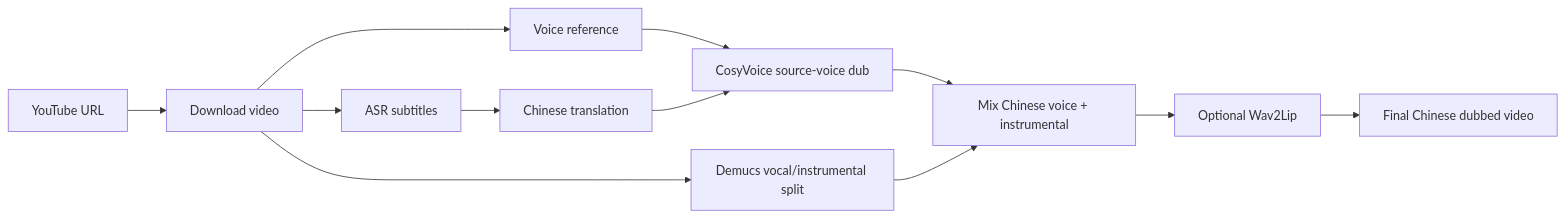
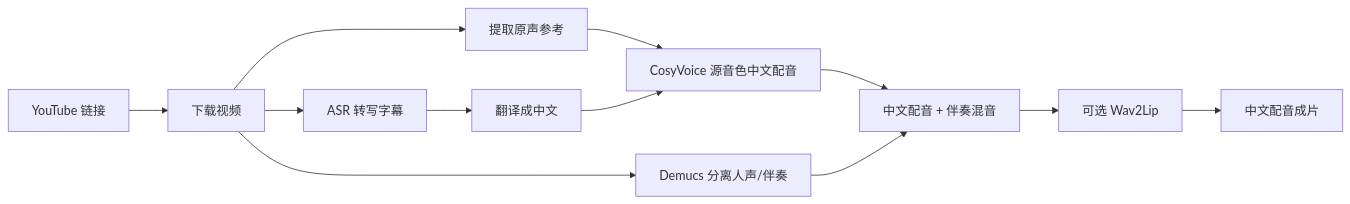
The diagram in README.md (nateEc/yt-dub-studio), drawn with Mermaid before and after one commit. The commit also changed other lines of this file and 3 other files, not shown here.

````diff
--- a/README.md
+++ b/README.md
@@ -40,14 +42,14 @@
 ```mermaid
 flowchart LR
-    A["YouTube URL"] --> B["Download video"]
-    B --> C["ASR subtitles"]
-    C --> D["Chinese translation"]
-    B --> E["Voice reference"]
-    E --> F["CosyVoice source-voice dub"]
+    A["YouTube 链接"] --> B["下载视频"]
+    B --> C["ASR 转写字幕"]
+    C --> D["翻译成中文"]
+    B --> E["提取原声参考"]
+    E --> F["CosyVoice 源音色中文配音"]
     D --> F
-    B --> G["Demucs vocal/instrumental split"]
-    F --> H["Mix Chinese voice + instrumental"]
+    B --> G["Demucs 分离人声/伴奏"]
+    F --> H["中文配音 + 伴奏混音"]
     G --> H
-    H --> I["Optional Wav2Lip"]
-    I --> J["Final Chinese dubbed video"]
+    H --> I["可选 Wav2Lip"]
+    I --> J["中文配音成片"]
 ```
````
